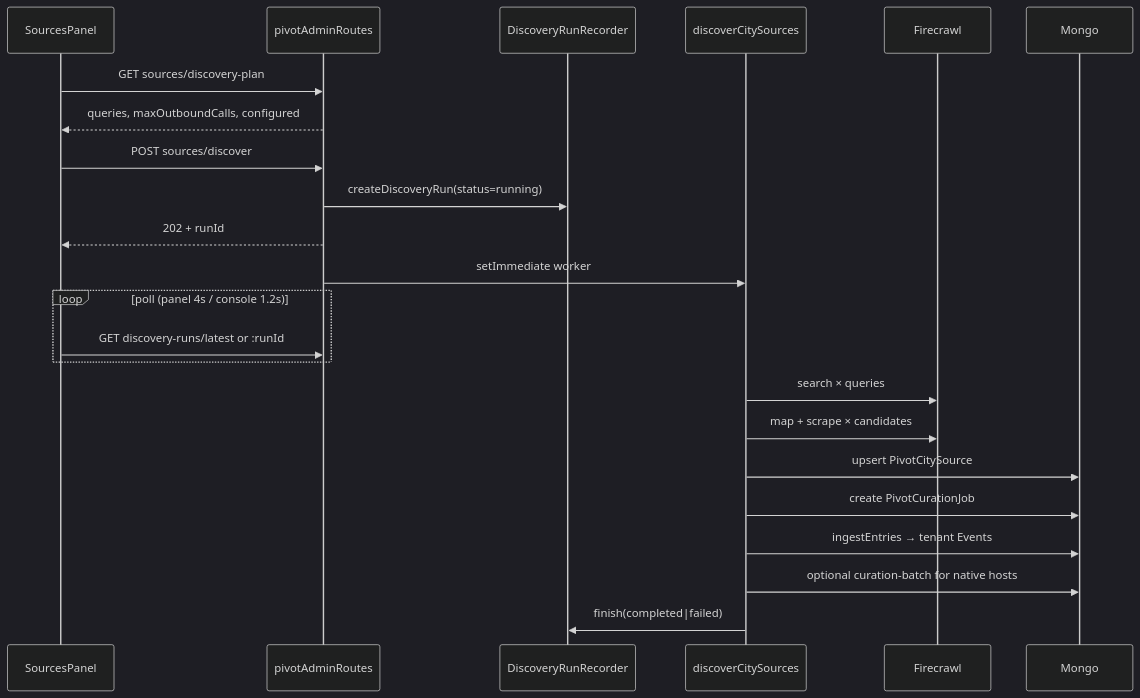
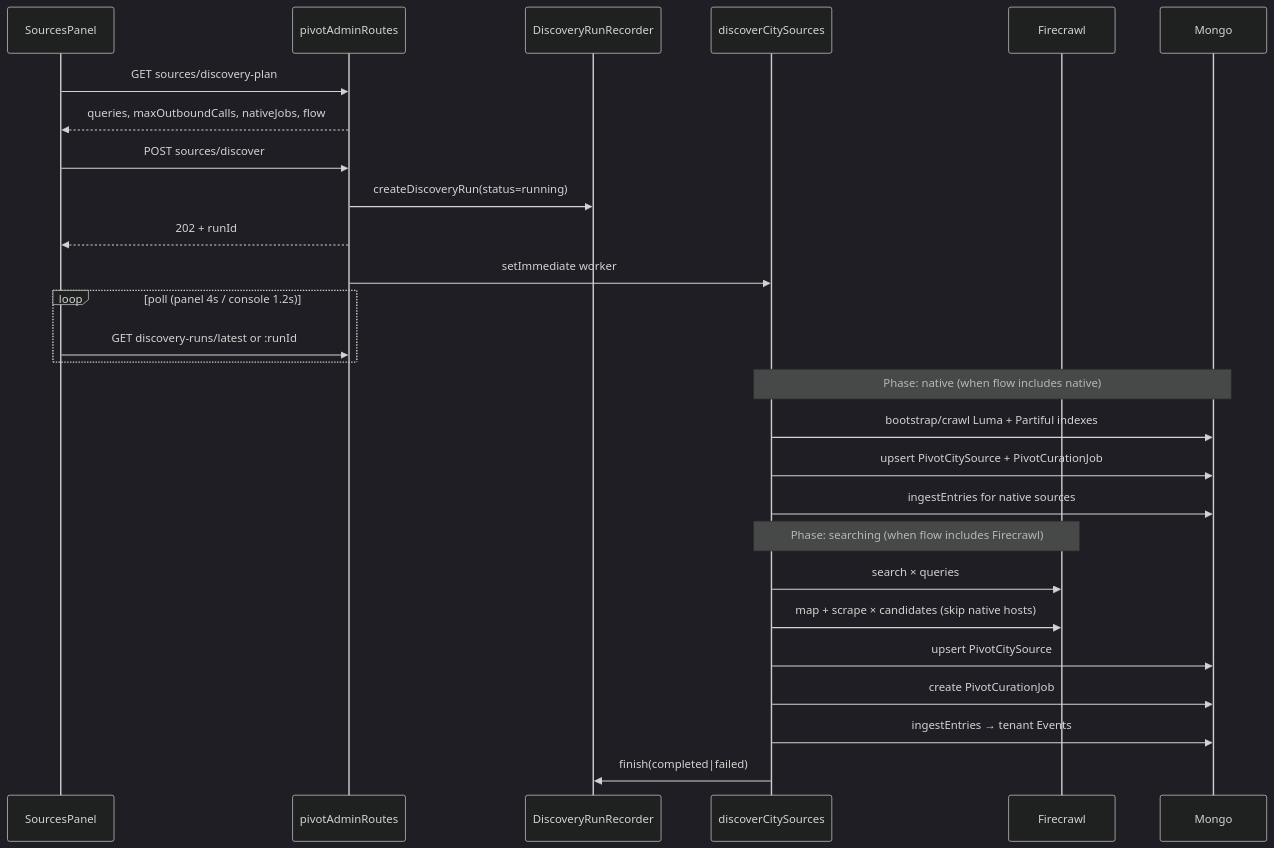
The second of 6 diagrams in DISCOVERY_ORCHESTRATION_WALKTHROUGH.md (Meridian-Technology/Meridian), drawn with Mermaid (dark theme) before and after one commit. The commit also changed other lines of this file and 1 other file, not shown here.

First line of the commit message:
MER-194: Document native-first discovery versus weekly refresh.

````diff
--- a/DISCOVERY_ORCHESTRATION_WALKTHROUGH.md
+++ b/DISCOVERY_ORCHESTRATION_WALKTHROUGH.md
@@ -65,28 +68,33 @@
 ```mermaid
 sequenceDiagram
   participant UI as SourcesPanel
   participant API as pivotAdminRoutes
   participant Rec as DiscoveryRunRecorder
   participant D as discoverCitySources
   participant FC as Firecrawl
   participant DB as Mongo
 
   UI->>API: GET sources/discovery-plan
-  API-->>UI: queries, maxOutboundCalls, configured
+  API-->>UI: queries, maxOutboundCalls, nativeJobs, flow
   UI->>API: POST sources/discover
   API->>Rec: createDiscoveryRun(status=running)
   API-->>UI: 202 + runId
   API->>D: setImmediate worker
 
   loop poll (panel 4s / console 1.2s)
     UI->>API: GET discovery-runs/latest or :runId
   end
 
+  Note over D,DB: Phase: native (when flow includes native)
+  D->>DB: bootstrap/crawl Luma + Partiful indexes
+  D->>DB: upsert PivotCitySource + PivotCurationJob
+  D->>DB: ingestEntries for native sources
+
+  Note over D,FC: Phase: searching (when flow includes Firecrawl)
   D->>FC: search × queries
-  D->>FC: map + scrape × candidates
+  D->>FC: map + scrape × candidates (skip native hosts)
   D->>DB: upsert PivotCitySource
   D->>DB: create PivotCurationJob
   D->>DB: ingestEntries → tenant Events
-  D->>DB: optional curation-batch for native hosts
   D->>Rec: finish(completed|failed)
 ```
````
